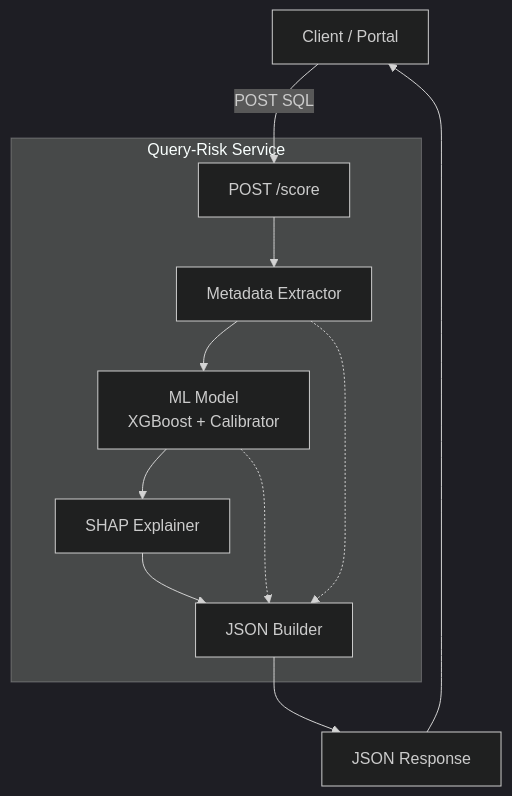
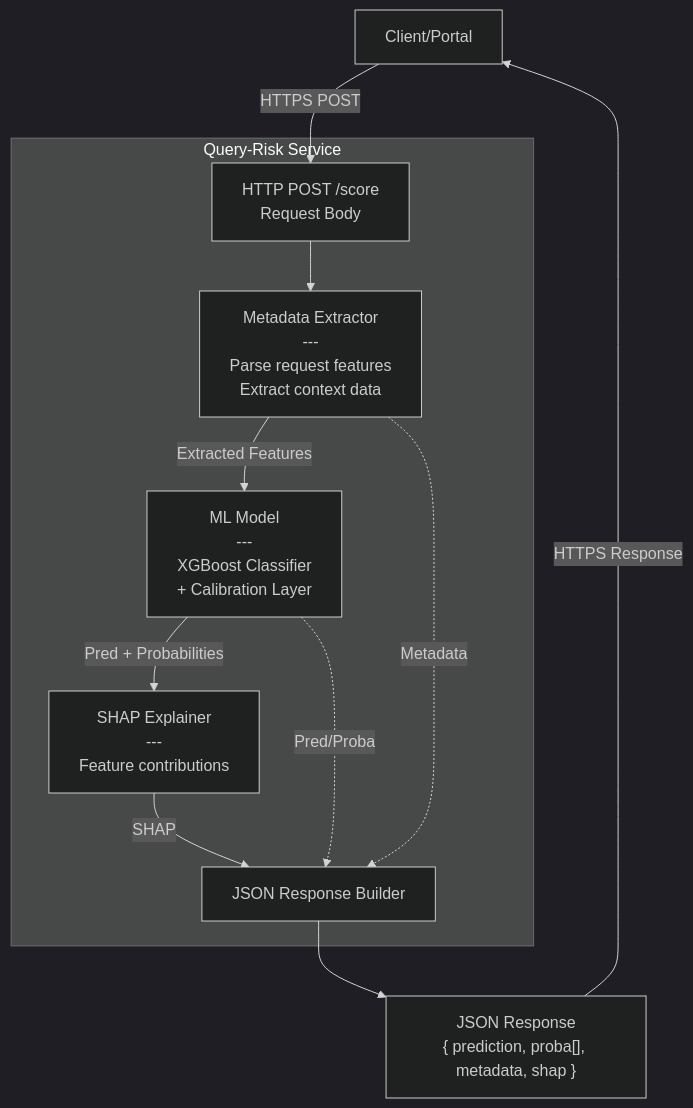
Before and after one commit to SIDDHARTH-PADIGAR/Query_Risk_PoC: the first of 3 diagrams in README.md, drawn with Mermaid. The commit also changed other lines of this file, not shown here.

````diff
--- a/README.md
+++ b/README.md
@@ -63,25 +38,25 @@
 ```mermaid
 %%{init: {'theme':'dark'}}%%
 graph TB
-    Client[Client / Portal]
-
+    Client[Client/Portal]
+    
     subgraph API["Query-Risk Service"]
-        POST[POST /score]
-        ME[Metadata Extractor]
-        Model[ML Model<br/>XGBoost + Calibrator]
-        Explainer[SHAP Explainer]
-        Response[JSON Builder]
+        POST[HTTP POST /score<br/>Request Body]
+        ME[Metadata Extractor<br/>---<br/>Parse request features<br/>Extract context data]
+        Model[ML Model<br/>---<br/>XGBoost Classifier<br/>+ Calibration Layer]
+        Explainer[SHAP Explainer<br/>---<br/>Feature contributions]
+        Response[JSON Response Builder]
     end
-
-    Output["JSON Response"]
-
-    Client -->|POST SQL| POST
+    
+    Output["JSON Response<br/>{ prediction, proba[], metadata, shap }"]
+    
+    Client -->|HTTPS POST| POST
     POST --> ME
-    ME --> Model
-    Model --> Explainer
-    Explainer --> Response
-    ME -.-> Response
-    Model -.-> Response
+    ME -->|Extracted Features| Model
+    Model -->|Pred + Probabilities| Explainer
+    Explainer -->|SHAP| Response
+    ME -.->|Metadata| Response
+    Model -.->|Pred/Proba| Response
     Response --> Output
-    Output --> Client
+    Output -->|HTTPS Response| Client
 ```
````
